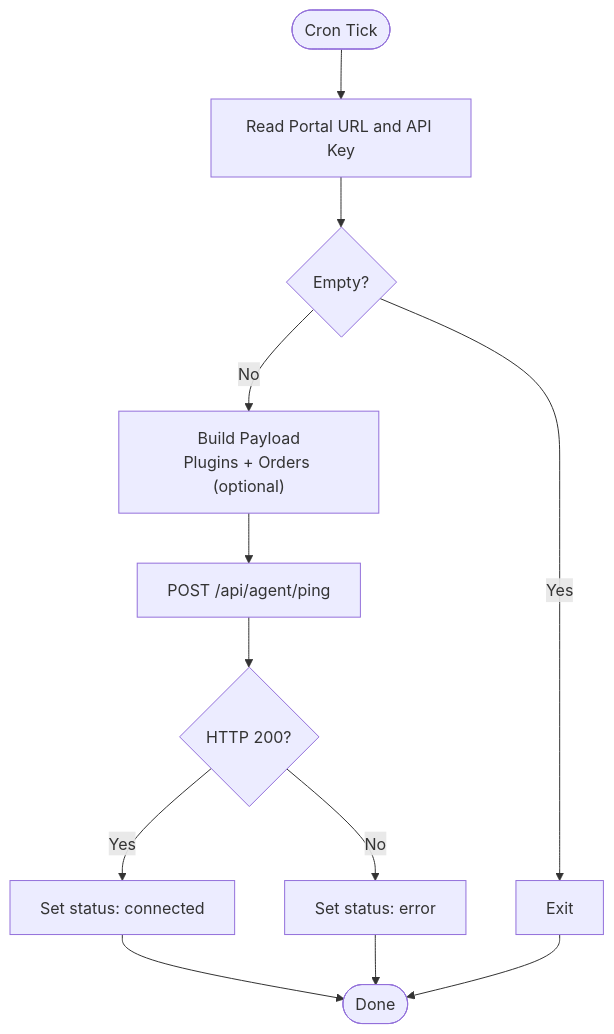
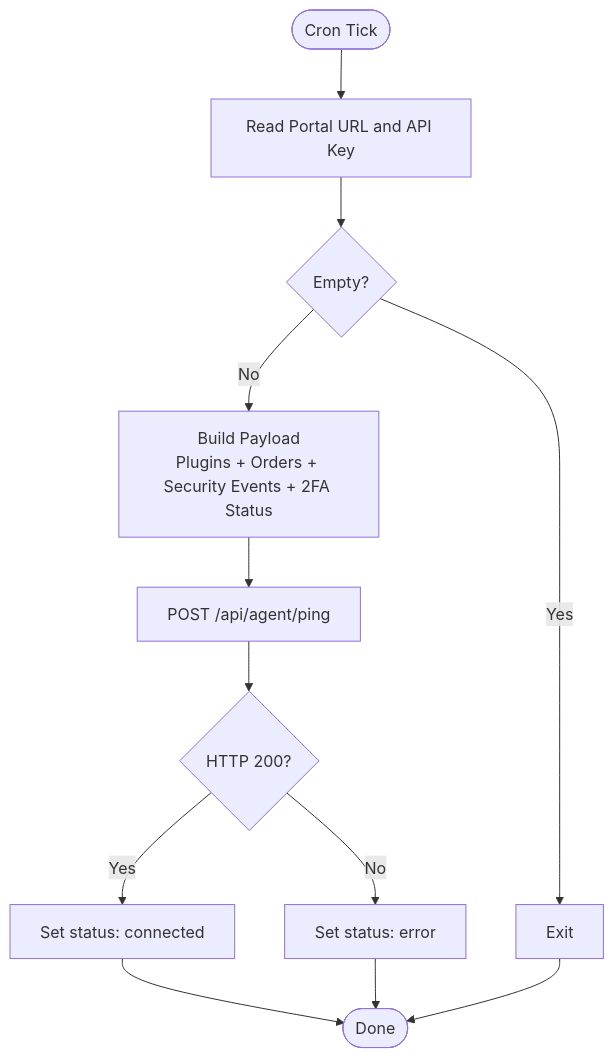
Before and after one commit to FCS-WP/website_portal: the fourth of 18 diagrams in .qoder/repowiki/en/content/WordPress Agent Integration/WordPress Agent Integration.md, drawn with Mermaid. The commit also changed other lines of this file and 37 other files, not shown here.

````diff
--- a/.qoder/repowiki/en/content/WordPress Agent Integration/WordPress Agent Integration.md
+++ b/.qoder/repowiki/en/content/WordPress Agent Integration/WordPress Agent Integration.md
@@ -206,14 +291,14 @@
 ```mermaid
 flowchart TD
 Start(["Cron Tick"]) --> ReadCfg["Read Portal URL and API Key"]
 ReadCfg --> Empty{"Empty?"}
 Empty --> |Yes| Stop["Exit"]
-Empty --> |No| BuildBody["Build Payload<br/>Plugins + Orders (optional)"]
+Empty --> |No| BuildBody["Build Payload<br/>Plugins + Orders + Security Events + 2FA Status"]
 BuildBody --> Post["POST /api/agent/ping"]
 Post --> Resp{"HTTP 200?"}
 Resp --> |Yes| MarkOK["Set status: connected"]
 Resp --> |No| MarkErr["Set status: error"]
 MarkOK --> End(["Done"])
 MarkErr --> End
 Stop --> End
 ```
````
